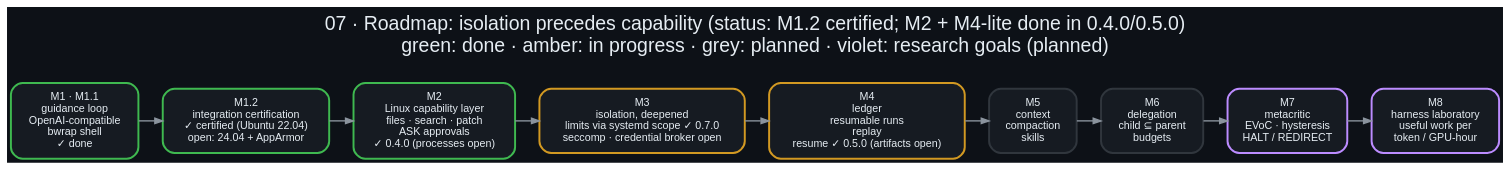
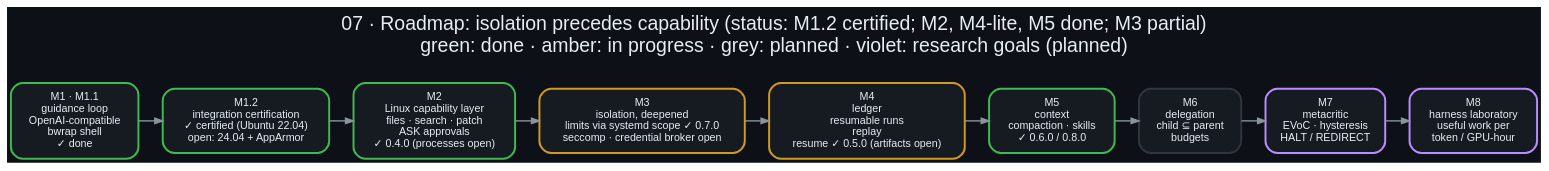
One commit to danindiana/malyutka changed the diagram in docs/diagrams/07_roadmap.dot. Above: the diagram before and after it, drawn with Graphviz. The commit also changed 49 other files, not shown here.

```diff
--- a/docs/diagrams/07_roadmap.dot
+++ b/docs/diagrams/07_roadmap.dot
@@ -1,18 +1,18 @@
 digraph roadmap {
     graph [bgcolor="#0d1117", rankdir=LR, fontname="Helvetica", fontcolor="#e6edf3", labelloc="t", fontsize=20,
-           label="07 · Roadmap: isolation precedes capability (status: M1.2 certified; M2 + M4-lite done in 0.4.0/0.5.0)\ngreen: done · amber: in progress · grey: planned · violet: research goals (planned)\n ", nodesep=0.25, ranksep=0.35];
+           label="07 · Roadmap: isolation precedes capability (status: M1.2 certified; M2, M4-lite, M5 done; M3 partial)\ngreen: done · amber: in progress · grey: planned · violet: research goals (planned)\n ", nodesep=0.25, ranksep=0.35];
     node  [fontname="Helvetica", fontcolor="#e6edf3", color="#30363d", style="filled,rounded", shape=box, penwidth=2,
            margin="0.18,0.12", fillcolor="#161b22", fontsize=11];
     edge  [color="#8b949e", penwidth=1.4, arrowsize=0.8];
 
     m1  [label="M1 · M1.1\nguidance loop\nOpenAI-compatible\nbwrap shell\n✓ done", color="#3fb950"];
     m12 [label="M1.2\nintegration certification\n✓ certified (Ubuntu 22.04)\nopen: 24.04 + AppArmor", color="#3fb950"];
     m2  [label="M2\nLinux capability layer\nfiles · search · patch\nASK approvals\n✓ 0.4.0 (processes open)", color="#3fb950"];
     m3  [label="M3\nisolation, deepened\nlimits via systemd scope ✓ 0.7.0\nseccomp · credential broker open", color="#d29922"];
     m4  [label="M4\nledger\nresumable runs\nreplay\nresume ✓ 0.5.0 (artifacts open)", color="#d29922"];
-    m5  [label="M5\ncontext\ncompaction\nskills", color="#30363d"];
+    m5  [label="M5\ncontext\ncompaction · skills\n✓ 0.6.0 / 0.8.0", color="#3fb950"];
     m6  [label="M6\ndelegation\nchild ⊆ parent\nbudgets", color="#30363d"];
     m7  [label="M7\nmetacritic\nEVoC · hysteresis\nHALT / REDIRECT", color="#bc8cff"];
     m8  [label="M8\nharness laboratory\nuseful work per\ntoken / GPU-hour", color="#bc8cff"];
     m1 -> m12 -> m2 -> m3 -> m4 -> m5 -> m6 -> m7 -> m8;
 }
```
